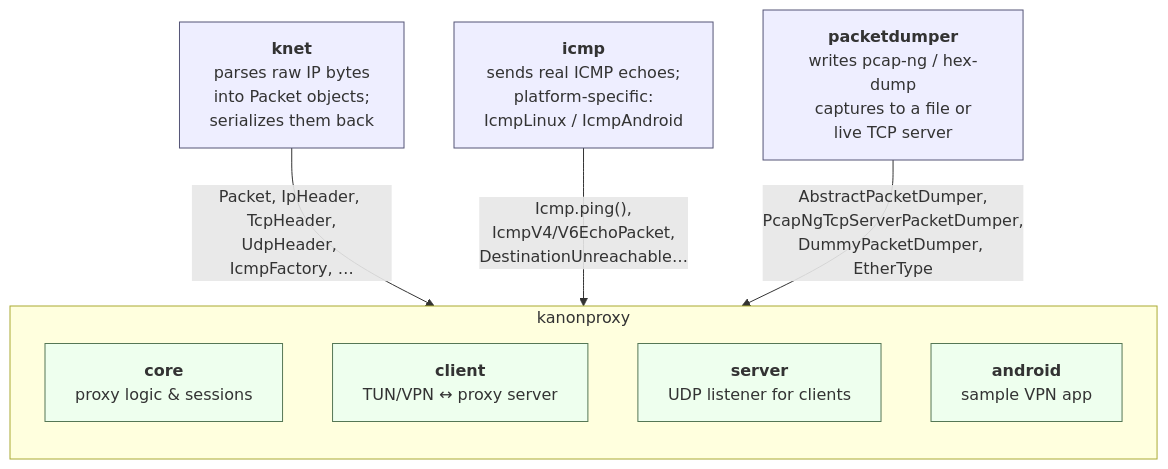
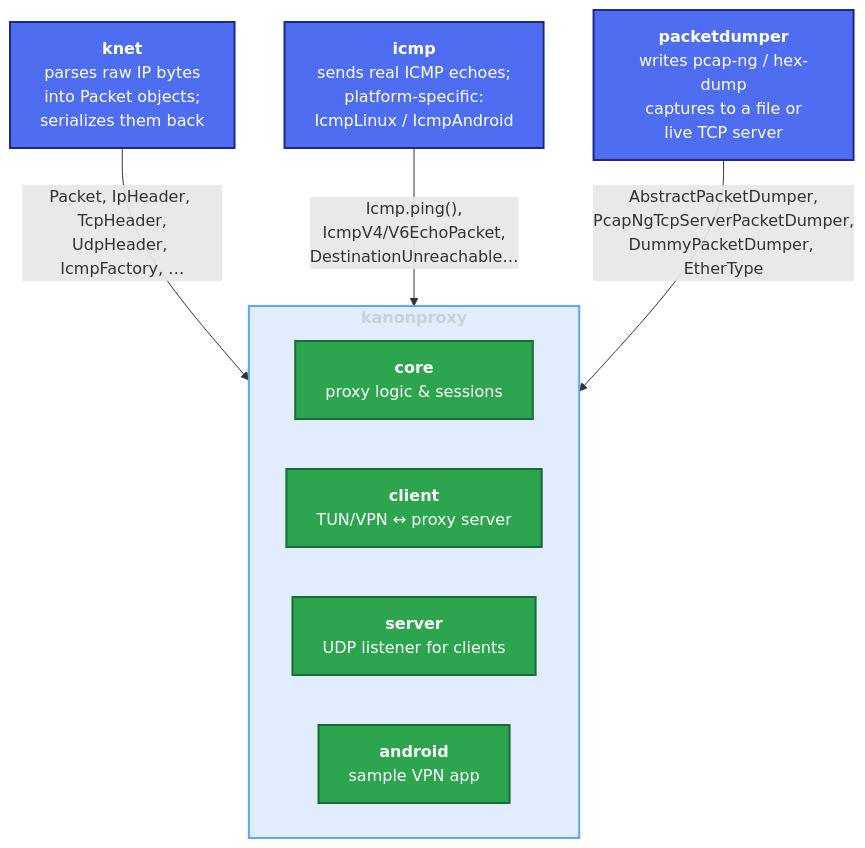
The first of 2 diagrams in docs/architecture.md (compscidr/kanonproxy), drawn with Mermaid before and after one commit. The commit also changed other lines of this file, not shown here.

First line of the commit message:
Improve Mermaid diagram contrast on dark/light themes

````diff
--- a/docs/architecture.md
+++ b/docs/architecture.md
@@ -11,23 +11,25 @@
 ```mermaid
 flowchart TD
     knet["<b>knet</b><br/>parses raw IP bytes<br/>into Packet objects;<br/>serializes them back"]
     icmp["<b>icmp</b><br/>sends real ICMP echoes;<br/>platform-specific:<br/>IcmpLinux / IcmpAndroid"]
     pd["<b>packetdumper</b><br/>writes pcap-ng / hex-dump<br/>captures to a file or<br/>live TCP server"]
 
-    subgraph kanon["kanonproxy"]
-        direction TB
+    subgraph kanon["<b>kanonproxy</b>"]
+        direction LR
         core["<b>core</b><br/>proxy logic &amp; sessions"]
         client["<b>client</b><br/>TUN/VPN ↔ proxy server"]
         server["<b>server</b><br/>UDP listener for clients"]
         android["<b>android</b><br/>sample VPN app"]
     end
 
     knet -- "Packet, IpHeader, TcpHeader,<br/>UdpHeader, IcmpFactory, …" --> kanon
     icmp -- "Icmp.ping(),<br/>IcmpV4/V6EchoPacket,<br/>DestinationUnreachable…" --> kanon
     pd -- "AbstractPacketDumper,<br/>PcapNgTcpServerPacketDumper,<br/>DummyPacketDumper, EtherType" --> kanon
 
-    classDef lib fill:#eef,stroke:#557,stroke-width:1px;
-    classDef mod fill:#efe,stroke:#575,stroke-width:1px;
+    classDef lib fill:#4f6df0,stroke:#1a2a8c,stroke-width:2px,color:#ffffff;
+    classDef mod fill:#2da44e,stroke:#1a6b34,stroke-width:2px,color:#ffffff;
+    classDef group fill:#1f6feb22,stroke:#58a6ff,stroke-width:2px,color:#c9d1d9;
     class knet,icmp,pd lib;
     class core,client,server,android mod;
+    class kanon group;
 ```
````
